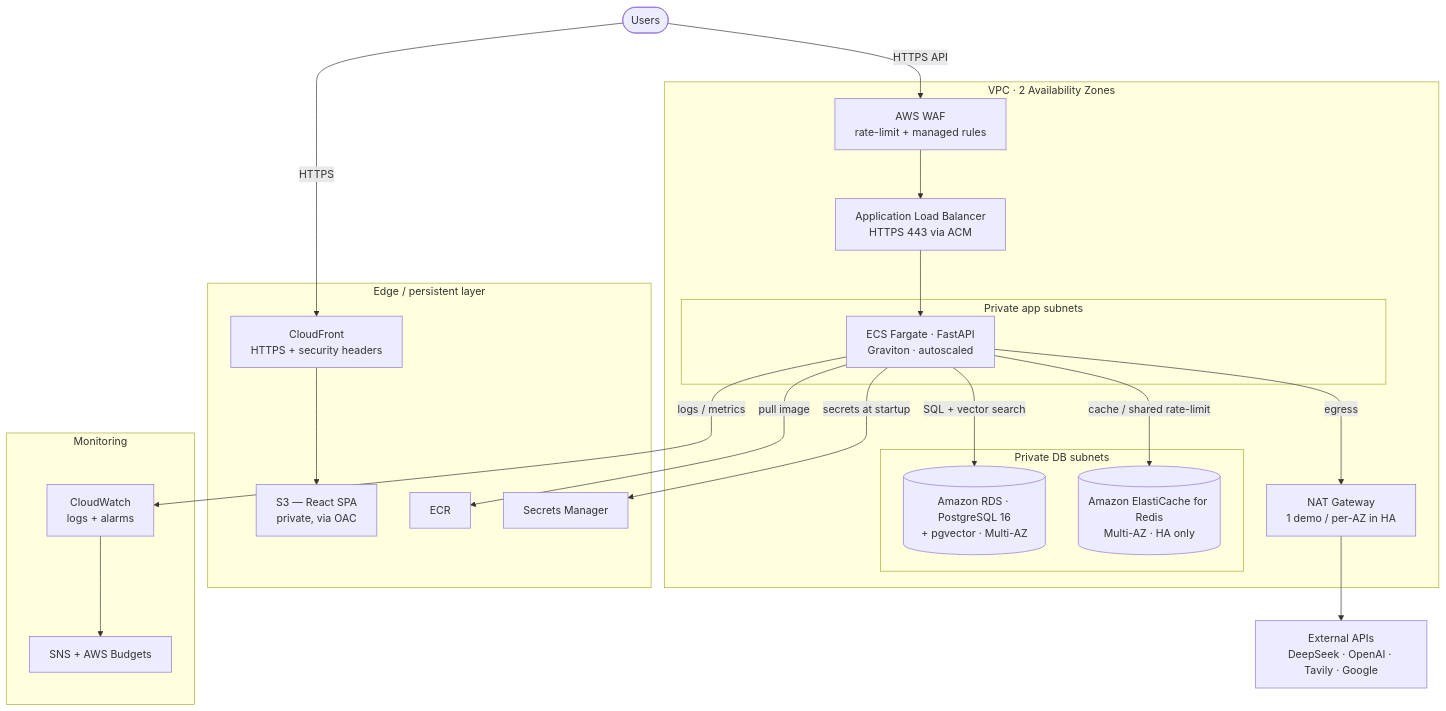
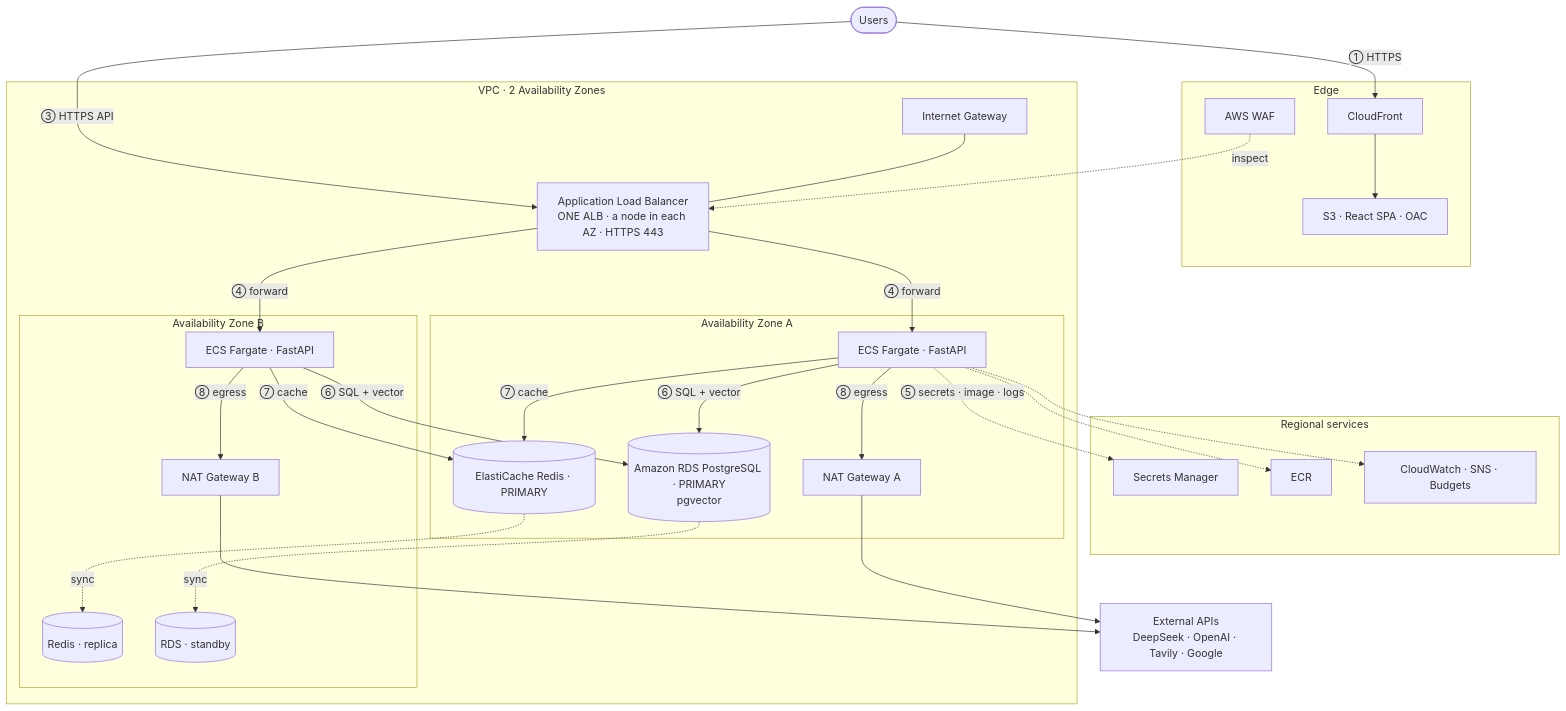
One commit to amdhd/aether changed the diagram in README.md. Above: the diagram before and after it, drawn with Mermaid. The commit also changed other lines of this file, not shown here.

Commit message:
docs: Mermaid shows single spanning ALB + 2-AZ topology (Fargate→primary DB/cache)

````diff
--- a/README.md
+++ b/README.md
@@ -21,40 +21,57 @@
 ```mermaid
 flowchart TB
     users([Users])
     ext["External APIs<br/>DeepSeek · OpenAI · Tavily · Google"]
 
-    subgraph edge["Edge / persistent layer"]
-        cf["CloudFront<br/>HTTPS + security headers"]
-        s3["S3 — React SPA<br/>private, via OAC"]
+    subgraph edge["Edge"]
+        cf["CloudFront"]
+        s3["S3 · React SPA · OAC"]
+        waf["AWS WAF"]
+    end
+
+    subgraph shared["Regional services"]
+        sm["Secrets Manager"]
         ecr["ECR"]
-        sm["Secrets Manager"]
+        obs["CloudWatch · SNS · Budgets"]
     end
 
     subgraph vpc["VPC · 2 Availability Zones"]
-        waf["AWS WAF<br/>rate-limit + managed rules"]
-        alb["Application Load Balancer<br/>HTTPS 443 via ACM"]
-        subgraph app["Private app subnets"]
-            ecs["ECS Fargate · FastAPI<br/>Graviton · autoscaled"]
+        igw["Internet Gateway"]
+        alb["Application Load Balancer<br/>ONE ALB · a node in each AZ · HTTPS 443"]
+
+        subgraph aza["Availability Zone A"]
+            nata["NAT Gateway A"]
+            fga["ECS Fargate · FastAPI"]
+            rediska[("ElastiCache Redis · PRIMARY")]
+            rdsa[("Amazon RDS PostgreSQL · PRIMARY<br/>pgvector")]
         end
-        subgraph db["Private DB subnets"]
-            rds[("Amazon RDS · PostgreSQL 16<br/>+ pgvector · Multi-AZ")]
-            redis[("Amazon ElastiCache for Redis<br/>Multi-AZ · HA only")]
+
+        subgraph azb["Availability Zone B"]
+            natb["NAT Gateway B"]
+            fgb["ECS Fargate · FastAPI"]
+            rediskb[("Redis · replica")]
+            rdsb[("RDS · standby")]
         end
-        nat["NAT Gateway<br/>1 demo / per-AZ in HA"]
     end
 
-    subgraph obs["Monitoring"]
-        cw["CloudWatch<br/>logs + alarms"]
-        sns["SNS + AWS Budgets"]
-    end
+    users -->|"① HTTPS"| cf --> s3
+    users -->|"③ HTTPS API"| alb
+    waf -.->|inspect| alb
+    igw --- alb
 
-    users -->|HTTPS| cf --> s3
-    users -->|HTTPS API| waf --> alb --> ecs
-    ecs -->|SQL + vector search| rds
-    ecs -->|cache / shared rate-limit| redis
-    ecs -->|secrets at startup| sm
-    ecs -->|pull image| ecr
-    ecs -->|logs / metrics| cw
-    ecs -->|egress| nat --> ext
-    cw --> sns
+    alb -->|"④ forward"| fga
+    alb -->|"④ forward"| fgb
+
+    fga -->|"⑥ SQL + vector"| rdsa
+    fgb -->|"⑥ SQL + vector"| rdsa
+    fga -->|"⑦ cache"| rediska
+    fgb -->|"⑦ cache"| rediska
+    rdsa -. sync .-> rdsb
+    rediska -. sync .-> rediskb
+
+    fga -->|"⑧ egress"| nata --> ext
+    fgb -->|"⑧ egress"| natb --> ext
+    fga -. "⑤ secrets · image · logs" .-> sm
+    fga -.-> ecr
+    fga -.-> obs
 ```
````
